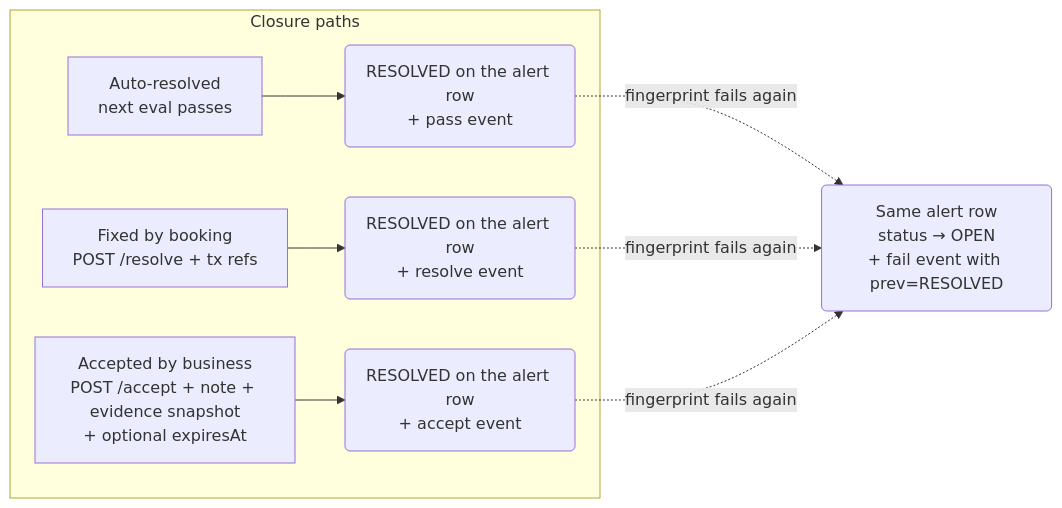
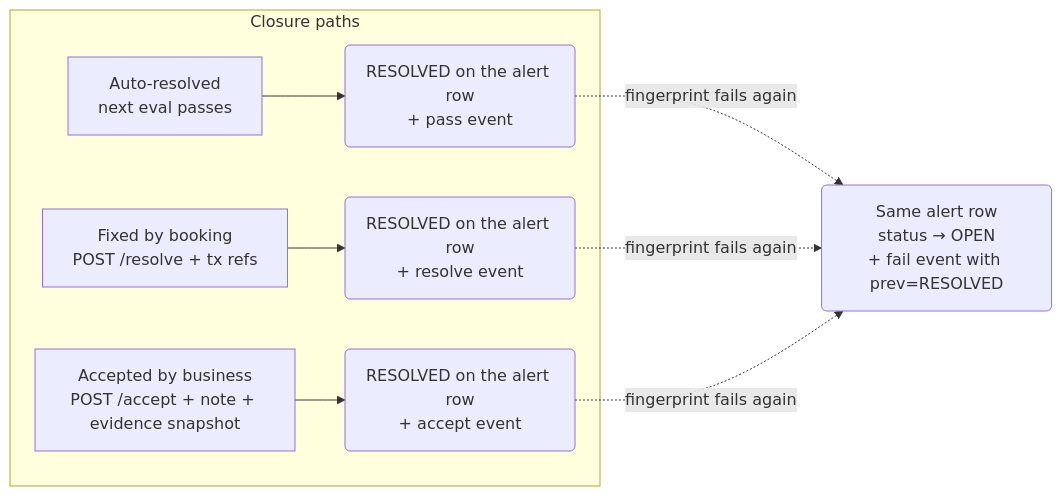
The fourth of 7 diagrams in docs/technical/workflows.md (formancehq/reconciliation), drawn with Mermaid before and after one commit. The commit also changed other lines of this file and 11 other files, not shown here.

````diff
--- a/docs/technical/workflows.md
+++ b/docs/technical/workflows.md
@@ -130,11 +130,11 @@
 ```mermaid
 flowchart LR
     subgraph "Closure paths"
         A[Auto-resolved<br/>next eval passes] --> R(RESOLVED on the alert row<br/>+ pass event)
         F[Fixed by booking<br/>POST /resolve + tx refs] --> R2(RESOLVED on the alert row<br/>+ resolve event)
-        B[Accepted by business<br/>POST /accept + note + evidence snapshot<br/>+ optional expiresAt] --> R3(RESOLVED on the alert row<br/>+ accept event)
+        B[Accepted by business<br/>POST /accept + note + evidence snapshot] --> R3(RESOLVED on the alert row<br/>+ accept event)
     end
     R -.fingerprint fails again.-> Reopen(Same alert row<br/>status → OPEN<br/>+ fail event with prev=RESOLVED)
     R2 -.fingerprint fails again.-> Reopen
     R3 -.fingerprint fails again.-> Reopen
 ```
````
